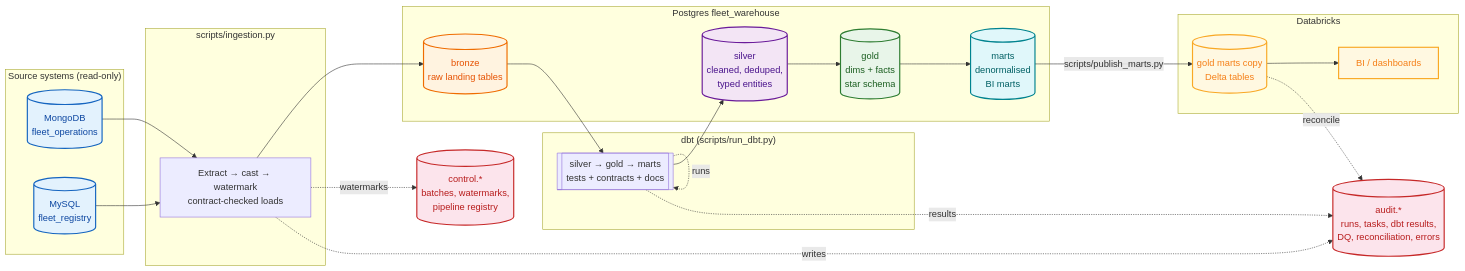
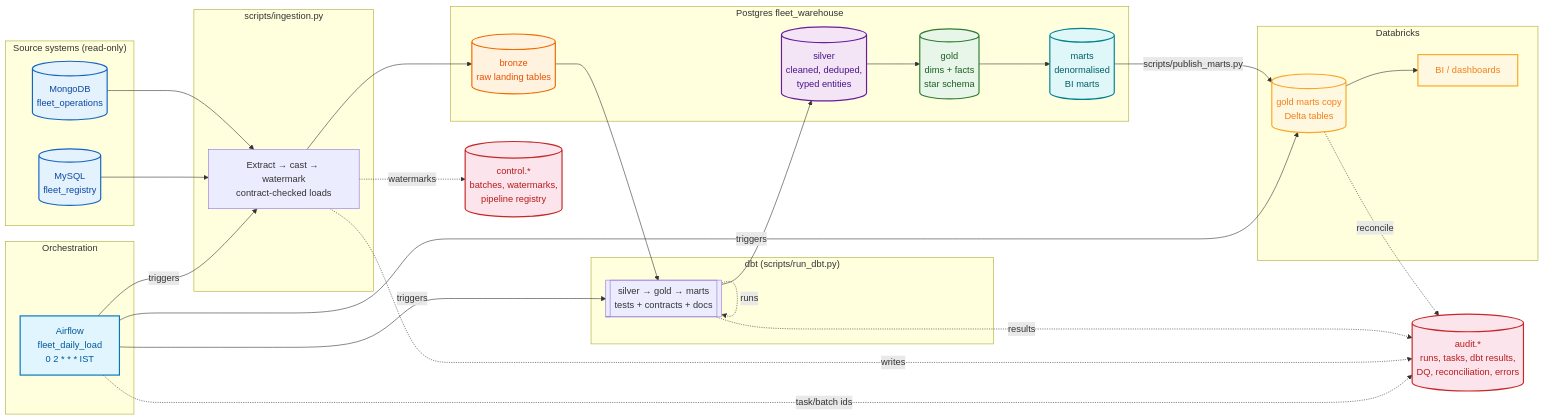
Before and after one commit to Nitinx12/Fleet-dbt-Lakehouse: the diagram in README.md, drawn with Mermaid. The commit also changed other lines of this file and 3 other files, not shown here.

````diff
--- a/README.md
+++ b/README.md
@@ -93,62 +25,72 @@
 ```mermaid
 flowchart LR
     classDef src fill:#e3f2fd,stroke:#1565c0,stroke-width:2px,color:#0d47a1
     classDef bronze fill:#fff3e0,stroke:#ef6c00,stroke-width:2px,color:#e65100
     classDef silver fill:#f3e5f5,stroke:#6a1b9a,stroke-width:2px,color:#4a148c
     classDef gold fill:#e8f5e9,stroke:#2e7d32,stroke-width:2px,color:#1b5e20
     classDef mart fill:#e0f7fa,stroke:#00838f,stroke-width:2px,color:#006064
     classDef bi fill:#fff8e1,stroke:#f9a825,stroke-width:2px,color:#f57f17
     classDef ctrl fill:#fce4ec,stroke:#c62828,stroke-width:2px,color:#b71c1c
+    classDef orch fill:#e1f5fe,stroke:#0277bd,stroke-width:2px,color:#01579b
+
+    subgraph orchestration["Orchestration"]
+        AF["Airflow<br/>fleet_daily_load<br/>0 2 * * * IST"]
+    end
 
     subgraph sources["Source systems (read-only)"]
         MYSQL[("MySQL<br/>fleet_registry")]
         MONGO[("MongoDB<br/>fleet_operations")]
     end
 
     subgraph ingest["scripts/ingestion.py"]
         ING[Extract → cast → watermark<br/>contract-checked loads]
     end
 
     subgraph pg["Postgres fleet_warehouse"]
         BRONZE[("bronze<br/>raw landing tables")]
         SILVER[("silver<br/>cleaned, deduped,<br/>typed entities")]
         GOLD[("gold<br/>dims + facts<br/>star schema")]
         MARTS[("marts<br/>denormalised<br/>BI marts")]
     end
 
     subgraph dbt_layer["dbt (scripts/run_dbt.py)"]
         DBT[["silver → gold → marts<br/>tests + contracts + docs"]]
     end
 
     subgraph dbrx["Databricks"]
         PUBLISH[("gold marts copy<br/>Delta tables")]
         BI[BI / dashboards]
     end
 
     CTRL[("control.*<br/>batches, watermarks,<br/>pipeline registry")]
     AUDIT[("audit.*<br/>runs, tasks, dbt results,<br/>DQ, reconciliation, errors")]
 
+    AF -->|triggers| ING
+    AF -->|triggers| DBT
+    AF -->|triggers| PUBLISH
+    AF -. task/batch ids .-> AUDIT
     MYSQL --> ING
     MONGO --> ING
     ING --> BRONZE
     BRONZE --> DBT
     DBT --> SILVER
     SILVER --> GOLD
     GOLD --> MARTS
     DBT -.runs.-> DBT
     MARTS -->|scripts/publish_marts.py| PUBLISH
     PUBLISH --> BI
 
     ING -.writes.-> AUDIT
     DBT -.results.-> AUDIT
     PUBLISH -.reconcile.-> AUDIT
     ING -.watermarks.-> CTRL
 
+    class AF orch
     class MYSQL,MONGO src
     class BRONZE bronze
     class SILVER silver
     class GOLD gold
     class MARTS mart
     class PUBLISH,BI bi
     class CTRL,AUDIT ctrl
 ```
````
